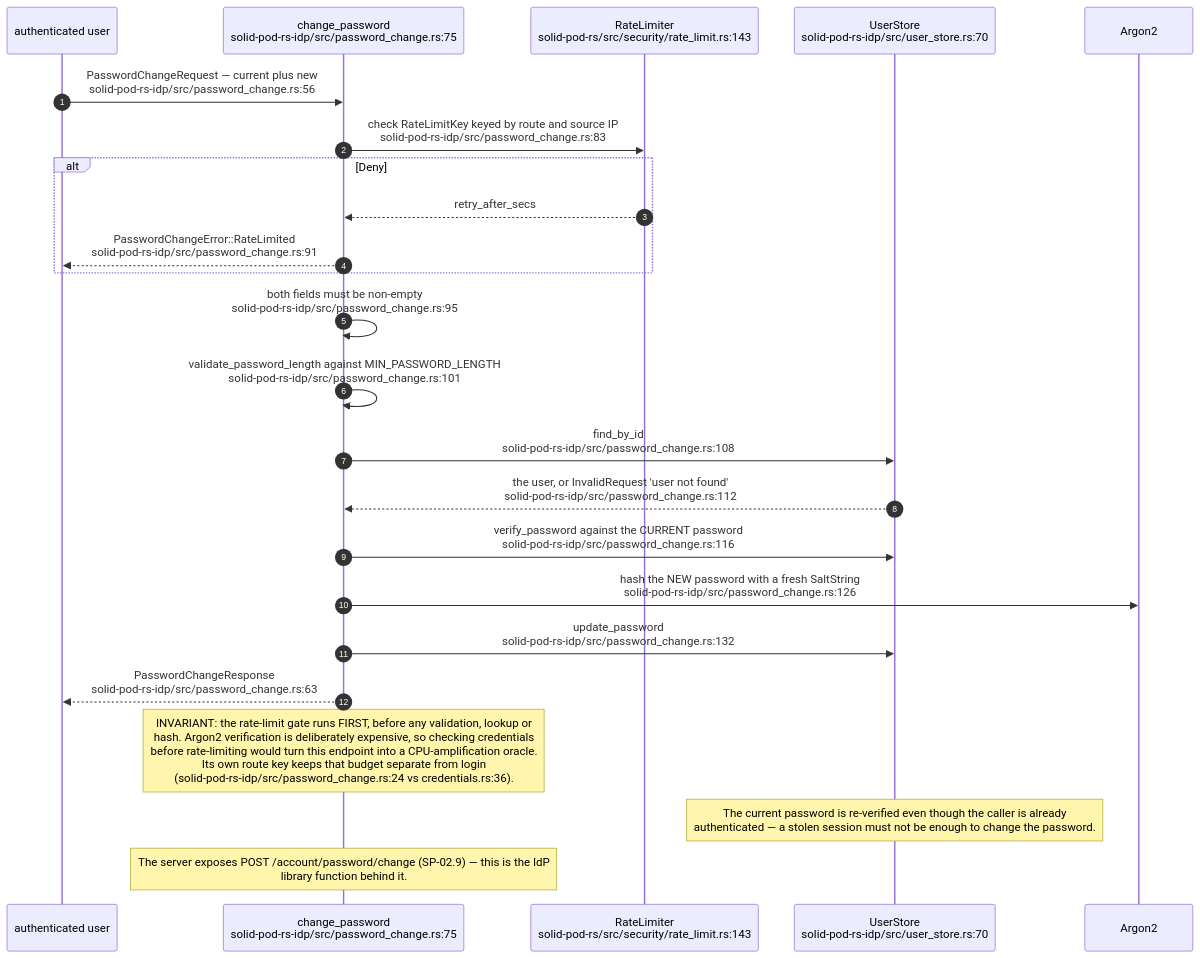
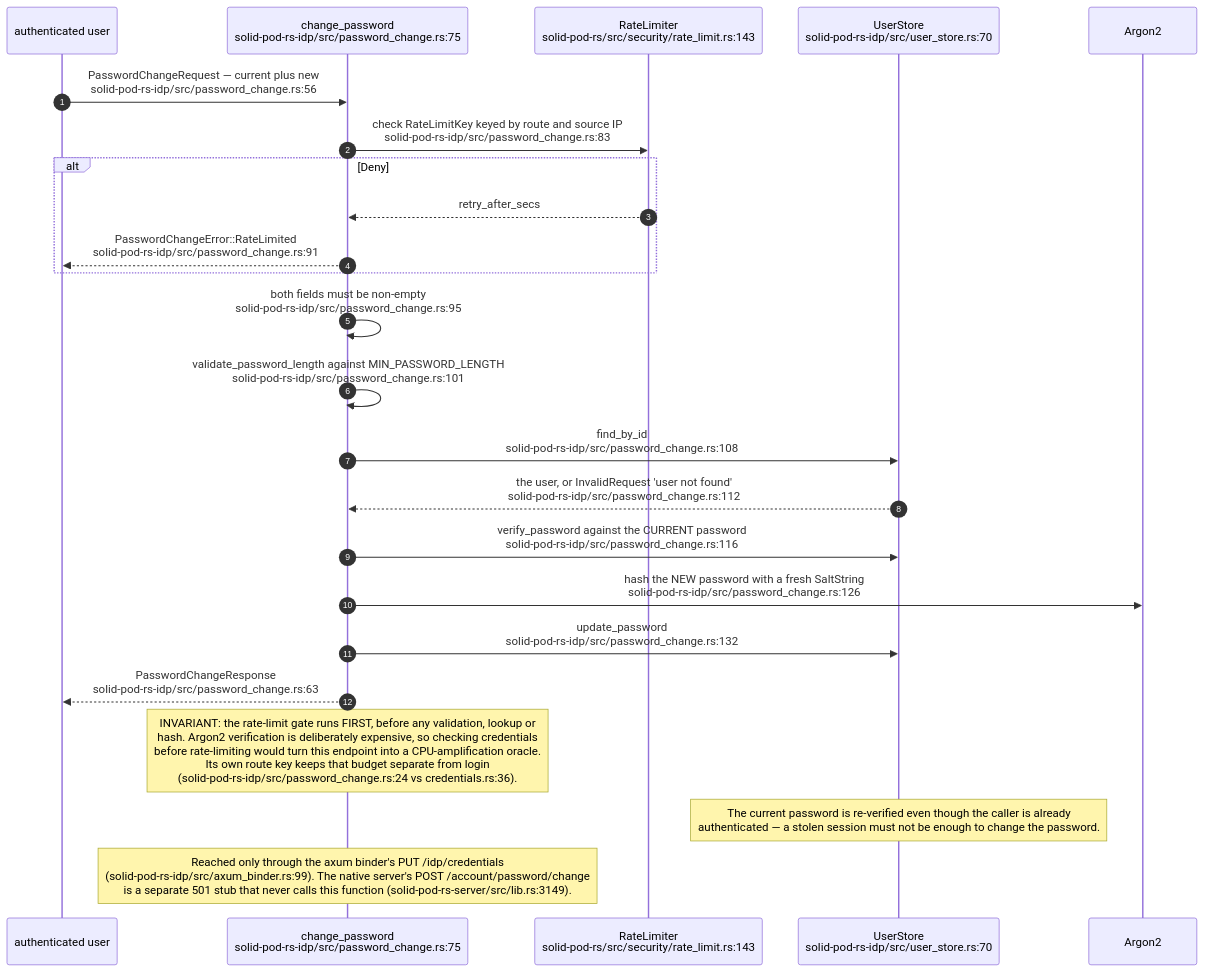
Diagram 17 of 18 in docs/diagrams/solid-pod-rs/05-identity-nip98-did-oidc.md (DreamLab-AI/VisionFlow), drawn with Mermaid before and after one commit. The commit also changed other lines of this file and 47 other files, not shown here.

````diff
--- a/docs/diagrams/solid-pod-rs/05-identity-nip98-did-oidc.md
+++ b/docs/diagrams/solid-pod-rs/05-identity-nip98-did-oidc.md
@@ -490,28 +528,28 @@
 ```mermaid
 sequenceDiagram
     autonumber
     participant C as authenticated user
     participant P as change_password<br/>solid-pod-rs-idp/src/password_change.rs:75
     participant L as RateLimiter<br/>solid-pod-rs/src/security/rate_limit.rs:143
     participant U as UserStore<br/>solid-pod-rs-idp/src/user_store.rs:70
     participant A as Argon2
 
     C->>P: PasswordChangeRequest — current plus new<br/>solid-pod-rs-idp/src/password_change.rs:56
     P->>L: check RateLimitKey keyed by route and source IP<br/>solid-pod-rs-idp/src/password_change.rs:83
     alt Deny
         L-->>P: retry_after_secs
         P-->>C: PasswordChangeError::RateLimited<br/>solid-pod-rs-idp/src/password_change.rs:91
     end
     P->>P: both fields must be non-empty<br/>solid-pod-rs-idp/src/password_change.rs:95
     P->>P: validate_password_length against MIN_PASSWORD_LENGTH<br/>solid-pod-rs-idp/src/password_change.rs:101
     P->>U: find_by_id<br/>solid-pod-rs-idp/src/password_change.rs:108
     U-->>P: the user, or InvalidRequest 'user not found'<br/>solid-pod-rs-idp/src/password_change.rs:112
     P->>U: verify_password against the CURRENT password<br/>solid-pod-rs-idp/src/password_change.rs:116
     P->>A: hash the NEW password with a fresh SaltString<br/>solid-pod-rs-idp/src/password_change.rs:126
     P->>U: update_password<br/>solid-pod-rs-idp/src/password_change.rs:132
     P-->>C: PasswordChangeResponse<br/>solid-pod-rs-idp/src/password_change.rs:63
 
     Note over P: INVARIANT: the rate-limit gate runs FIRST, before any validation, lookup or<br/>hash. Argon2 verification is deliberately expensive, so checking credentials<br/>before rate-limiting would turn this endpoint into a CPU-amplification oracle.<br/>Its own route key keeps that budget separate from login<br/>(solid-pod-rs-idp/src/password_change.rs:24 vs credentials.rs:36).
     Note over U: The current password is re-verified even though the caller is already<br/>authenticated — a stolen session must not be enough to change the password.
-    Note over P: The server exposes POST /account/password/change (SP-02.9) — this is the IdP<br/>library function behind it.
+    Note over P: Reached only through the axum binder's PUT /idp/credentials<br/>(solid-pod-rs-idp/src/axum_binder.rs:99). The native server's POST /account/password/change<br/>is a separate 501 stub that never calls this function (solid-pod-rs-server/src/lib.rs:3149).
 ```
````
